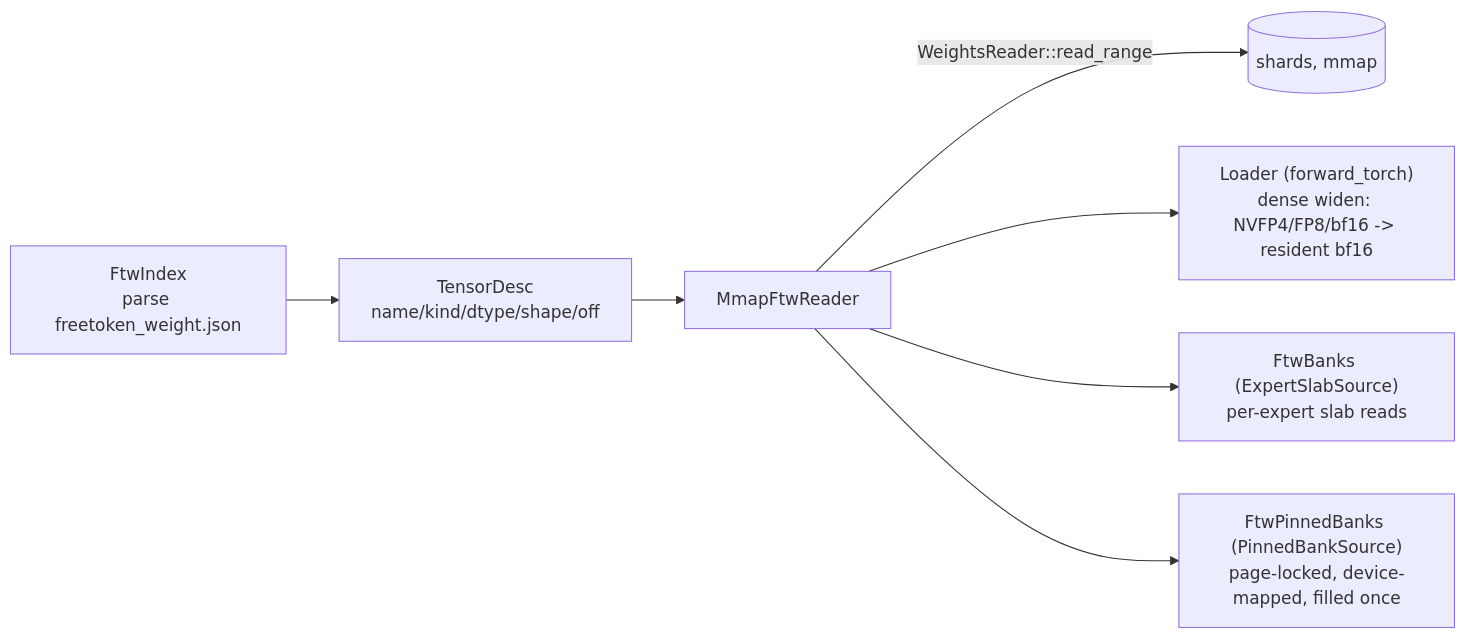
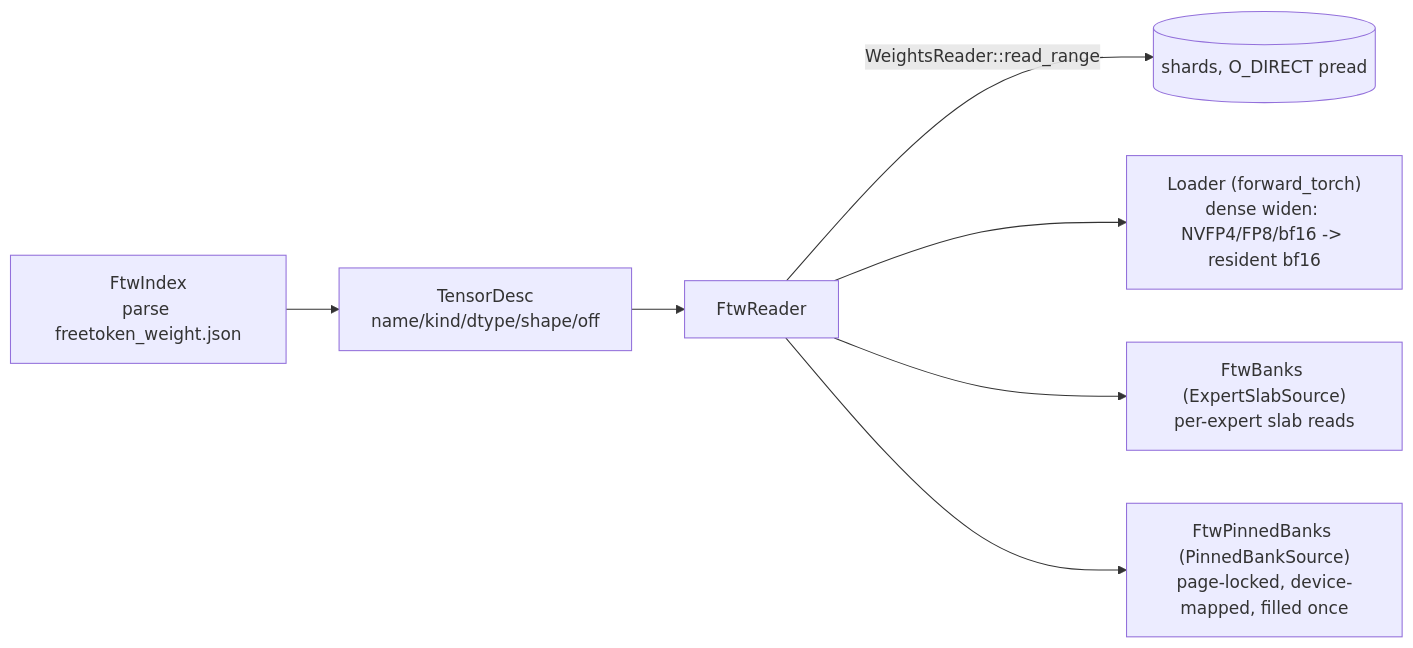
Before and after one commit to butzist/ferrum-torrens: the sixth of 17 diagrams in ARCHITECTURE.md, drawn with Mermaid. The commit also changed other lines of this file and 15 other files, not shown here.

Commit message:
feat(ftw): read weights with O_DIRECT pread instead of mmap

````diff
--- a/ARCHITECTURE.md
+++ b/ARCHITECTURE.md
@@ -318,9 +318,9 @@
 ```mermaid
 flowchart LR
   Idx["FtwIndex\nparse freetoken_weight.json"] --> Ent["TensorDesc\nname/kind/dtype/shape/off"]
-  Mm["MmapFtwReader"] -- "WeightsReader::read_range" --> Shards[("shards, mmap")]
+  Mm["FtwReader"] -- "WeightsReader::read_range" --> Shards[("shards, O_DIRECT pread")]
   Ent --> Mm
   Mm --> PWiden["Loader (forward_torch)\ndense widen: NVFP4/FP8/bf16 -> resident bf16"]
   Mm --> FtwBanks["FtwBanks (ExpertSlabSource)\nper-expert slab reads"]
   Mm --> Pin["FtwPinnedBanks (PinnedBankSource)\npage-locked, device-mapped, filled once"]
 ```
````
